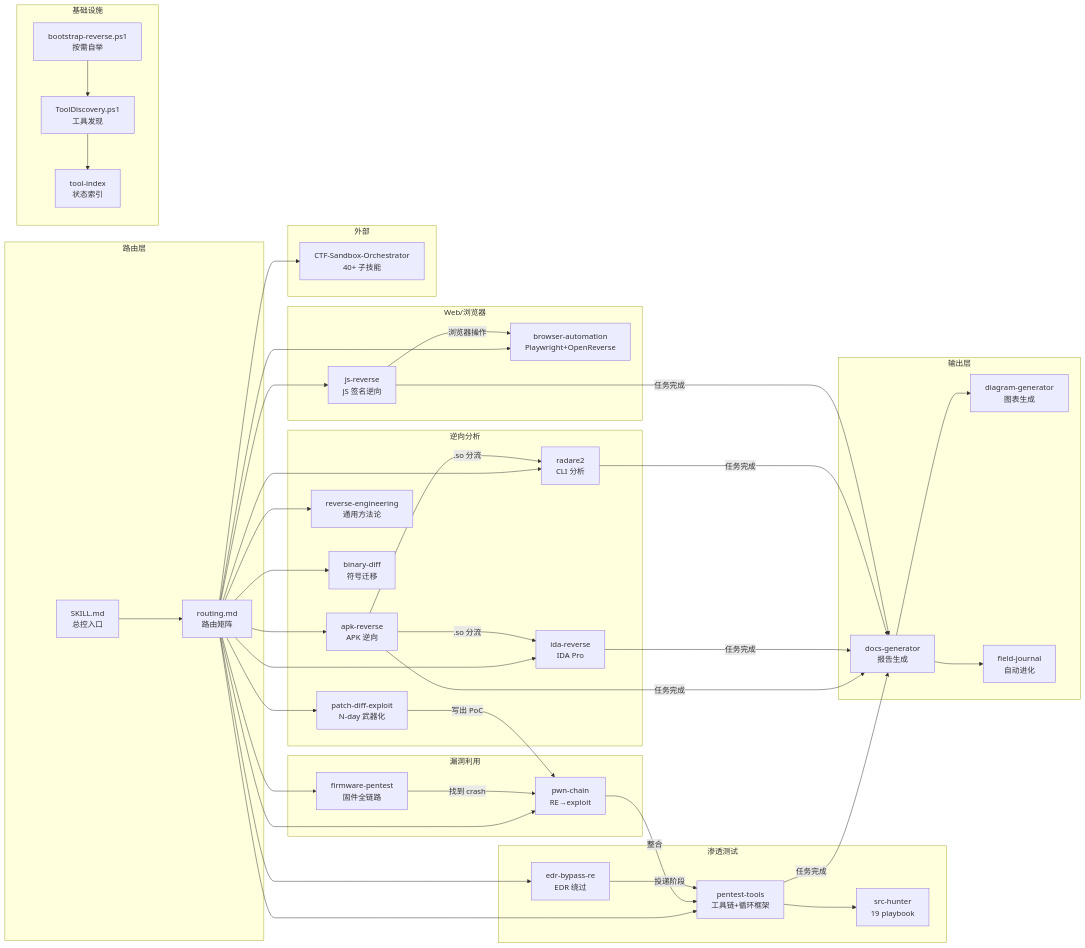
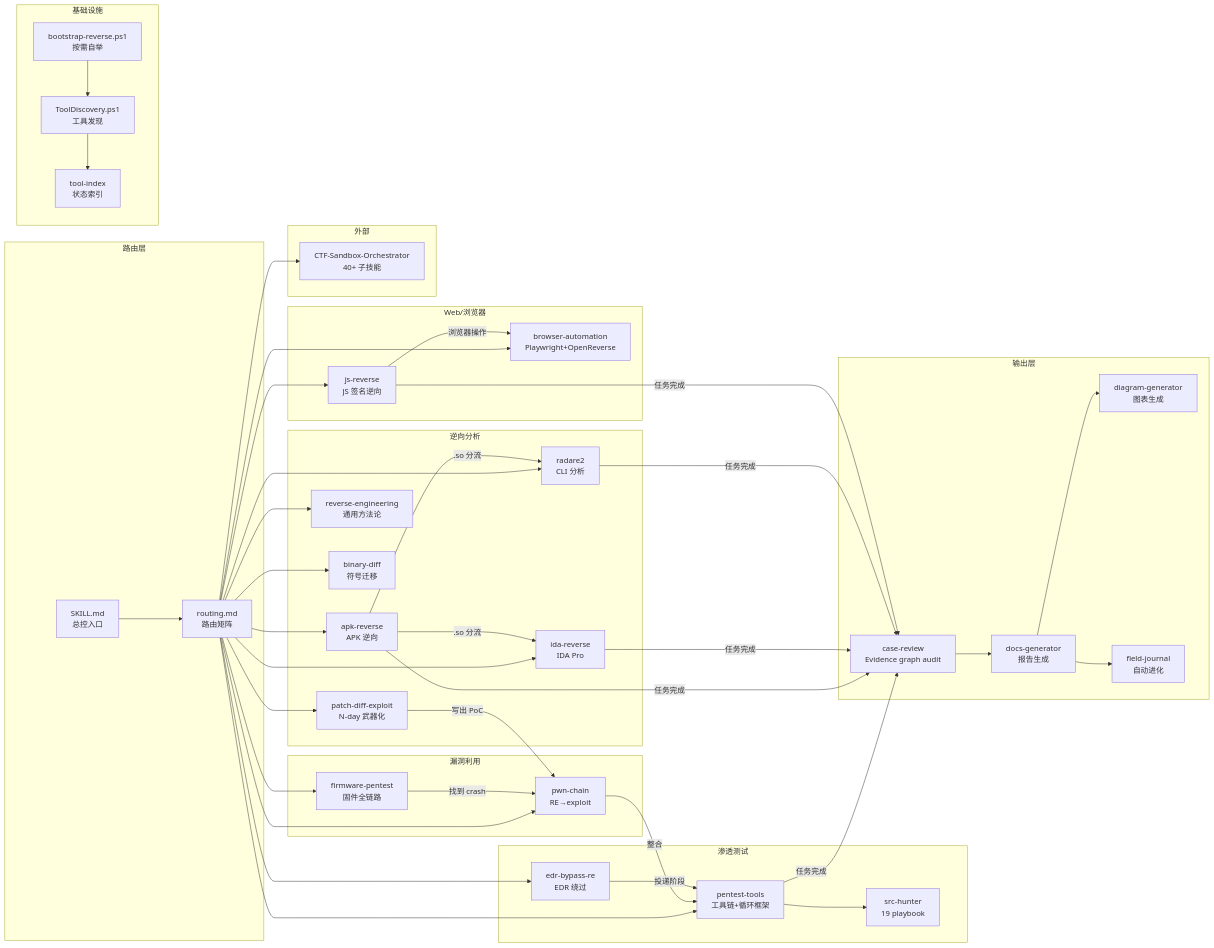
Before and after one commit to UIhoshi/AgentLogic: the second of 7 diagrams in skills/reverse-skill/docs/ARCHITECTURE.md, drawn with Mermaid. The commit also changed other lines of this file and 3237 other files, not shown here.

````diff
--- a/skills/reverse-skill/docs/ARCHITECTURE.md
+++ b/skills/reverse-skill/docs/ARCHITECTURE.md
@@ -38,68 +39,70 @@
 ```mermaid
 flowchart LR
     subgraph 路由层
         SKILL[SKILL.md<br/>总控入口]
         Routing[routing.md<br/>路由矩阵]
     end
 
     subgraph 逆向分析
         APK[apk-reverse<br/>APK 逆向]
         IDA[ida-reverse<br/>IDA Pro]
         R2[radare2<br/>CLI 分析]
         RE[reverse-engineering<br/>通用方法论]
         BinDiff[binary-diff<br/>符号迁移]
         PatchDiff[patch-diff-exploit<br/>N-day 武器化]
     end
 
     subgraph 漏洞利用
         Pwn[pwn-chain<br/>RE→exploit]
         Firmware[firmware-pentest<br/>固件全链路]
     end
 
     subgraph 渗透测试
         Pentest[pentest-tools<br/>工具链+循环框架]
         SrcHunter[src-hunter<br/>19 playbook]
         EDR[edr-bypass-re<br/>EDR 绕过]
     end
 
     subgraph Web/浏览器
         JS[js-reverse<br/>JS 签名逆向]
         Browser[browser-automation<br/>Playwright+OpenReverse]
     end
 
     subgraph 基础设施
         Bootstrap[bootstrap-reverse.ps1<br/>按需自举]
         Discovery[ToolDiscovery.ps1<br/>工具发现]
         ToolIndex[tool-index<br/>状态索引]
     end
 
     subgraph 输出层
         Docs[docs-generator<br/>报告生成]
         Diagram[diagram-generator<br/>图表生成]
+        Review[case-review<br/>Evidence graph audit]
         Journal[field-journal<br/>自动进化]
     end
 
     subgraph 外部
         CTF[CTF-Sandbox-Orchestrator<br/>40+ 子技能]
     end
 
     SKILL --> Routing
     Routing --> APK & IDA & R2 & RE & BinDiff & PatchDiff
     Routing --> Pentest & JS & Browser & Pwn & Firmware & EDR
     Routing --> CTF
 
     Pentest --> SrcHunter
     APK -->|.so 分流| IDA
     APK -->|.so 分流| R2
     PatchDiff -->|写出 PoC| Pwn
     Firmware -->|找到 crash| Pwn
     Pwn -->|整合| Pentest
     EDR -->|投递阶段| Pentest
     JS -->|浏览器操作| Browser
     
     Bootstrap --> Discovery --> ToolIndex
     
-    APK & IDA & R2 & Pentest & JS -->|任务完成| Docs
+    APK & IDA & R2 & Pentest & JS -->|任务完成| Review
+    Review --> Docs
     Docs --> Diagram
     Docs --> Journal
 ```
````
